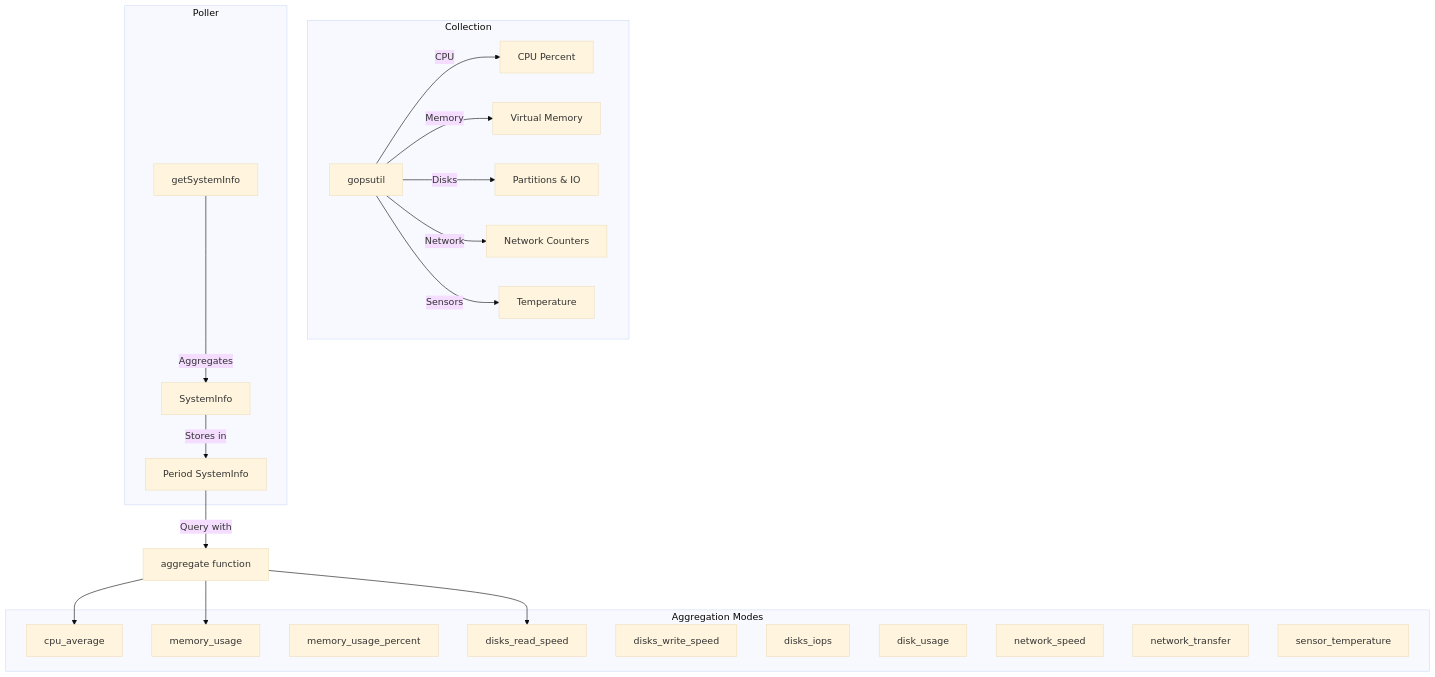
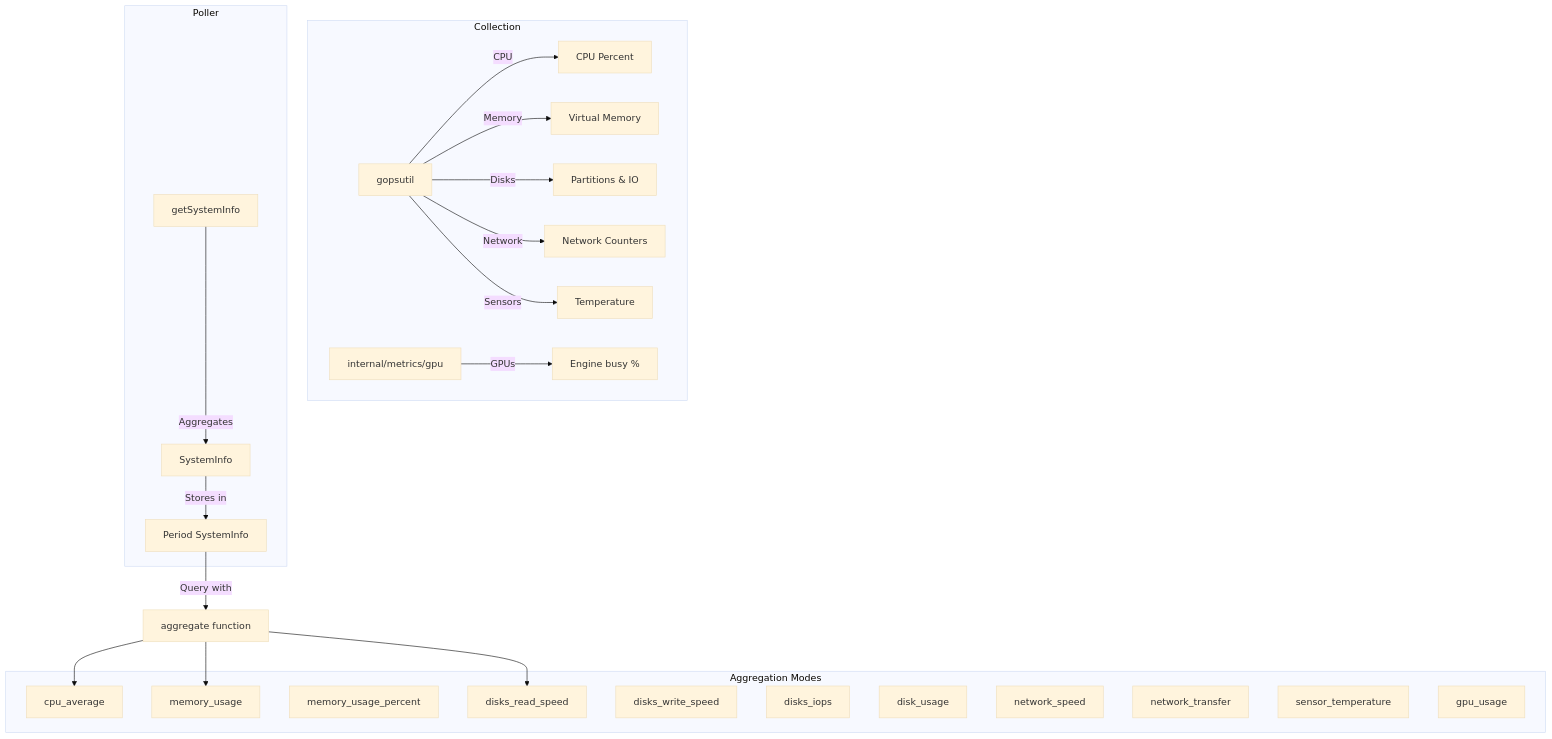
Before and after one commit to yusing/godoxy-wiki: the first of 2 diagrams in content/docs/impl/internal-metrics-systeminfo.mdx, drawn with Mermaid (base theme). The commit also changed other lines of this file and 5 other files, not shown here.

Commit message:
docs(metrics): document gpu usage metrics

````diff
--- a/content/docs/impl/internal-metrics-systeminfo.mdx
+++ b/content/docs/impl/internal-metrics-systeminfo.mdx
@@ -150,33 +153,35 @@
 ```mermaid
 flowchart TD
     subgraph Collection
         G[gopsutil] -->|CPU| CPU[CPU Percent]
         G -->|Memory| Mem[Virtual Memory]
         G -->|Disks| Disk[Partitions & IO]
         G -->|Network| Net[Network Counters]
         G -->|Sensors| Sens[Temperature]
+        GPU[internal/metrics/gpu] -->|GPUs| Busy[Engine busy %]
     end
 
     subgraph Poller
         Collect[getSystemInfo] -->|Aggregates| Info[SystemInfo]
         Info -->|Stores in| Period[Period SystemInfo]
     end
 
     subgraph Aggregation Modes
         CPUAvg[cpu_average]
         MemUsage[memory_usage]
         MemPercent[memory_usage_percent]
         DiskRead[disks_read_speed]
         DiskWrite[disks_write_speed]
         DiskIOPS[disks_iops]
         DiskUsage[disk_usage]
         NetSpeed[network_speed]
         NetTransfer[network_transfer]
         SensorTemp[sensor_temperature]
+        GPUUsage[gpu_usage]
     end
 
     Period -->|Query with| Aggregate[aggregate function]
     Aggregate --> CPUAvg
     Aggregate --> MemUsage
     Aggregate --> DiskRead
 ```
````
